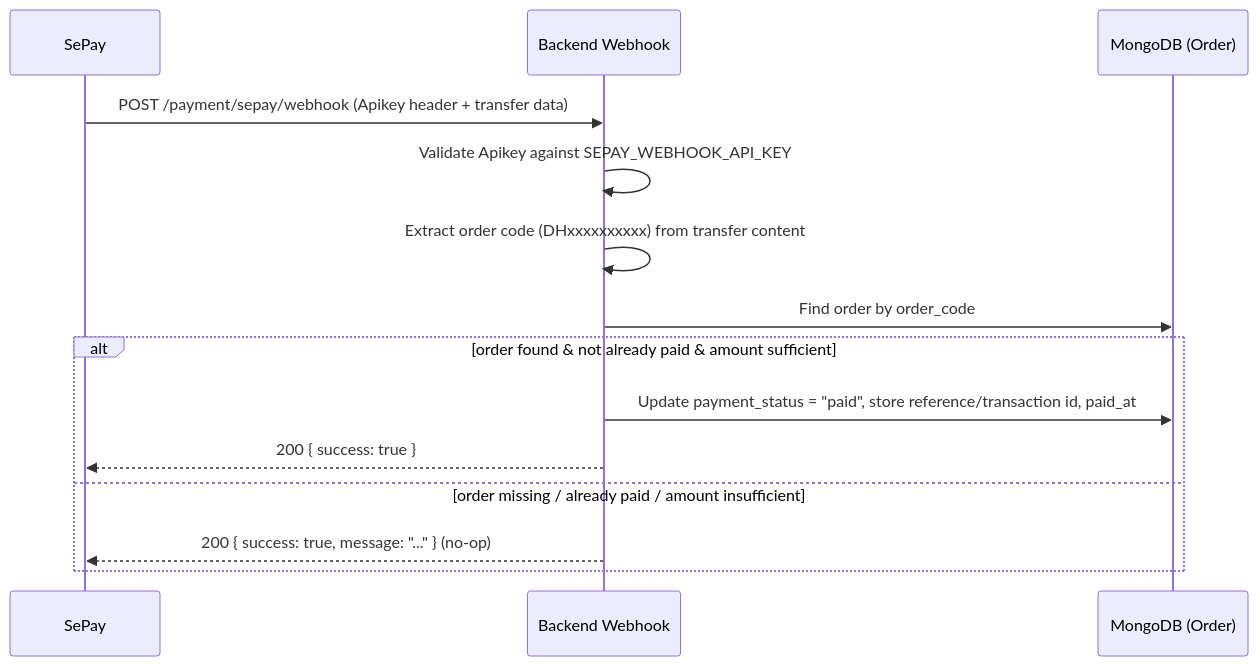
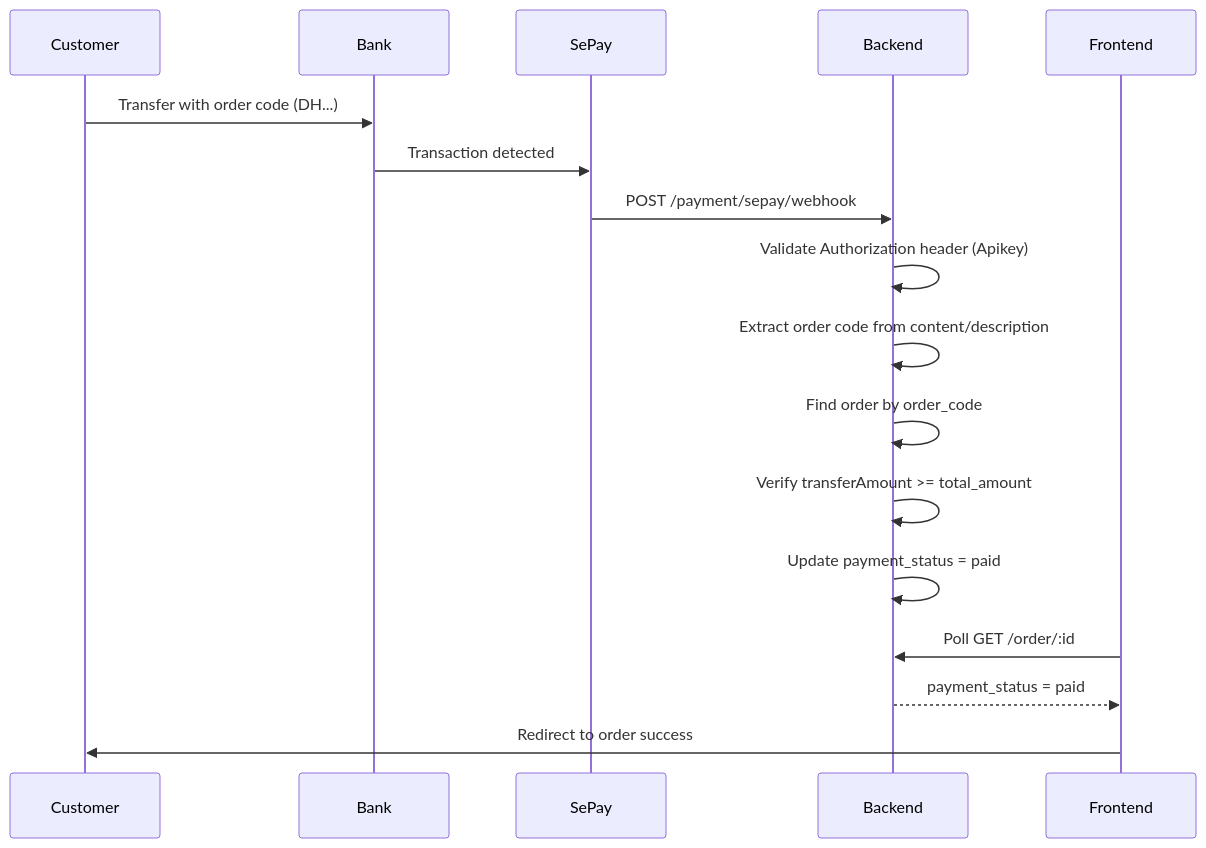
Before and after one commit to batanvlog2503/PCStore: the fourth of 4 diagrams in README.md, drawn with Mermaid. The commit also changed other lines of this file, not shown here.

````diff
--- a/README.md
+++ b/README.md
@@ -302,17 +670,20 @@
 ```mermaid
 sequenceDiagram
+    participant Customer
+    participant Bank
     participant SePay
-    participant Backend as Backend Webhook
-    participant DB as MongoDB (Order)
+    participant Backend
+    participant Frontend
 
-    SePay->>Backend: POST /payment/sepay/webhook (Apikey header + transfer data)
-    Backend->>Backend: Validate Apikey against SEPAY_WEBHOOK_API_KEY
-    Backend->>Backend: Extract order code (DHxxxxxxxxxx) from transfer content
-    Backend->>DB: Find order by order_code
-    alt order found & not already paid & amount sufficient
-        Backend->>DB: Update payment_status = "paid", store reference/transaction id, paid_at
-        Backend-->>SePay: 200 { success: true }
-    else order missing / already paid / amount insufficient
-        Backend-->>SePay: 200 { success: true, message: "..." } (no-op)
-    end
+    Customer->>Bank: Transfer with order code (DH...)
+    Bank->>SePay: Transaction detected
+    SePay->>Backend: POST /payment/sepay/webhook
+    Backend->>Backend: Validate Authorization header (Apikey)
+    Backend->>Backend: Extract order code from content/description
+    Backend->>Backend: Find order by order_code
+    Backend->>Backend: Verify transferAmount >= total_amount
+    Backend->>Backend: Update payment_status = paid
+    Frontend->>Backend: Poll GET /order/:id
+    Backend-->>Frontend: payment_status = paid
+    Frontend->>Customer: Redirect to order success
 ```
````
